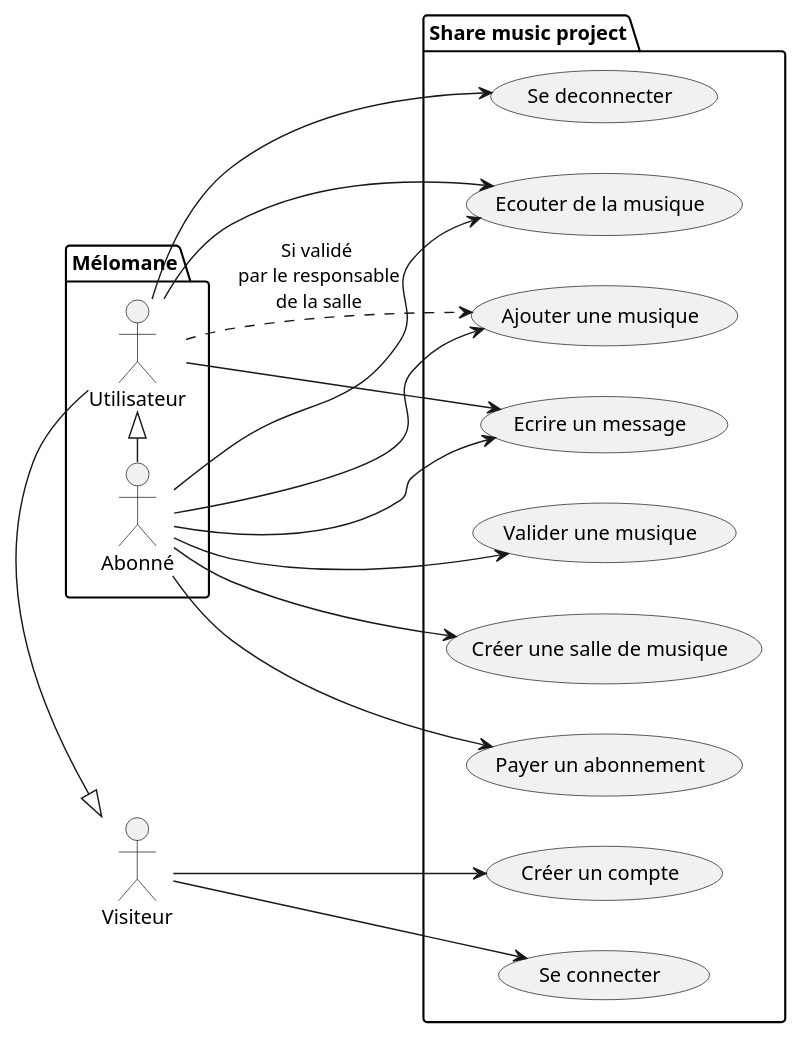
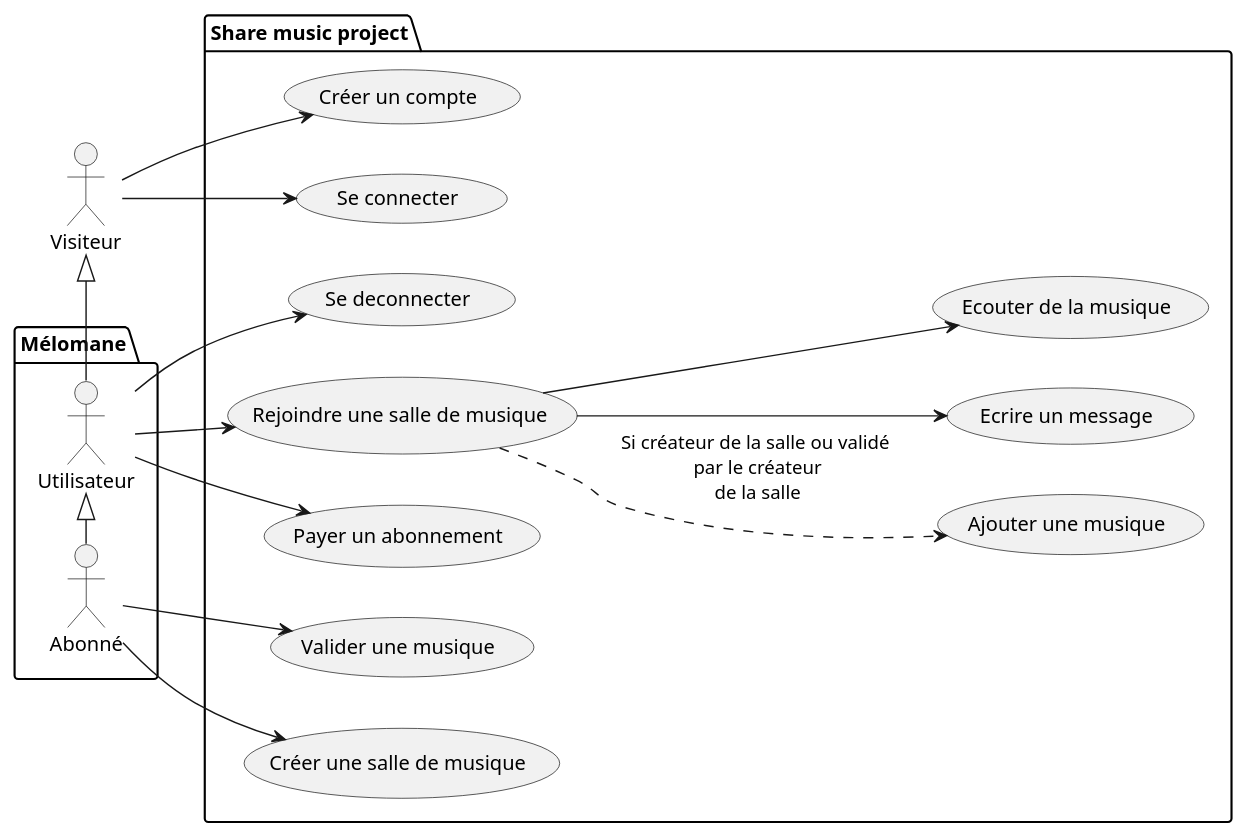
Before and after one commit to thomasGuibert/Cours-Design: the diagram in ShareMusicProject/utilisation-share-music-project.plantuml, drawn with PlantUML. The commit also changed 10 other files, not shown here.

```diff
--- a/ShareMusicProject/utilisation-share-music-project.plantuml
+++ b/ShareMusicProject/utilisation-share-music-project.plantuml
@@ -1,38 +1,37 @@
 @startuml utilisation-share-music-project
 left to right direction
 
 actor Visiteur as v
 package "Mélomane" {
     actor Utilisateur as u
     actor Abonné as a
 }
 
 package "Share music project" {
     usecase "Créer un compte" as cuc
     usecase "Se connecter" as sc
     usecase "Se deconnecter" as sd
     usecase "Ajouter une musique" as aum
+    usecase "Rejoindre une salle de musique" as rusdm
     usecase "Payer un abonnement" as pua
     usecase "Valider une musique" as vum
     usecase "Créer une salle de musique" as cusdm
     usecase "Ecrire un message" as eum
     usecase "Ecouter de la musique" as edlm
 }
 
-u -|> v
+v <|- u
 a -|> u
 
-v --> cuc
-v --> sc
-u --> sd
-u ..> aum : Si validé\n par le responsable\n de la salle
-u --> eum
-u --> edlm
-a --> edlm
-a --> eum
-a --> aum
-a --> pua
+v -> cuc
+v -> sc
+u -> sd
+u -> rusdm
+rusdm ..> aum : Si créateur de la salle ou validé\n par le créateur\n de la salle
+rusdm --> eum
+rusdm --> edlm
+u --> pua
 a --> vum
 a --> cusdm
 
 @enduml
```
